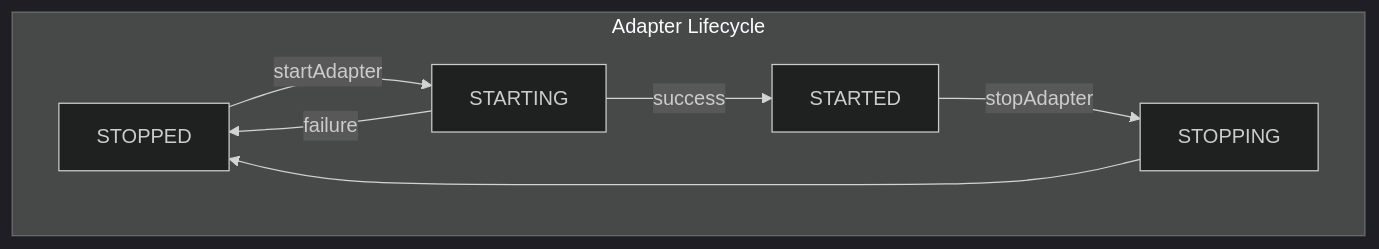
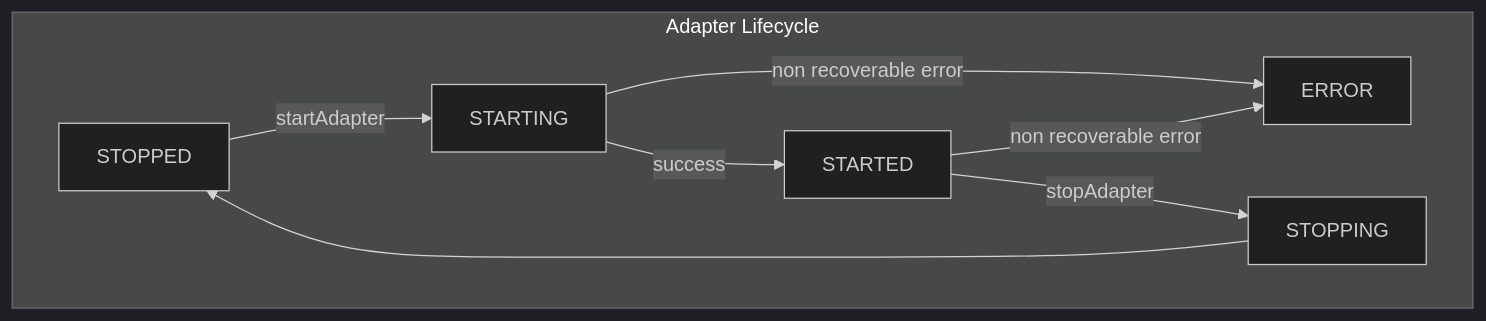
One commit to hivemq/hivemq-edge changed the first of 11 diagrams in hivemq-edge/src/main/java/com/hivemq/fsm/transitions.md. Above: the diagram before and after it, drawn with Mermaid (dark theme). The commit also changed 2 other files, not shown here.

Commit message:
Changes by jmader

````diff
--- a/hivemq-edge/src/main/java/com/hivemq/fsm/transitions.md
+++ b/hivemq-edge/src/main/java/com/hivemq/fsm/transitions.md
@@ -20,10 +20,11 @@
 ```mermaid
 graph TB
     subgraph Adapter Lifecycle
         STOPPED -->|startAdapter| STARTING
         STARTING -->|success| STARTED
-        STARTING -->|failure| STOPPED
+        STARTING -->|non recoverable error| ERROR
         STARTED -->|stopAdapter| STOPPING
+        STARTED -->|non recoverable error| ERROR
         STOPPING --> STOPPED
     end
 ```
````
